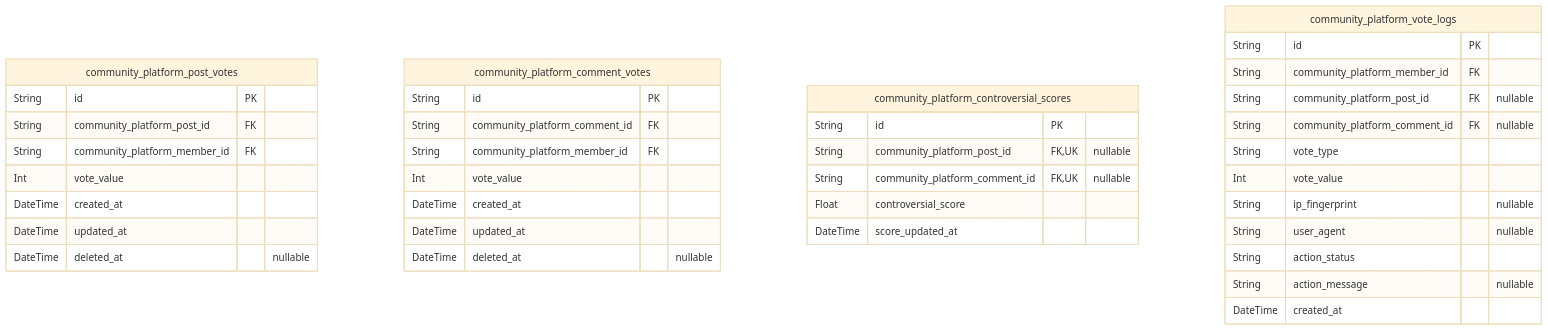
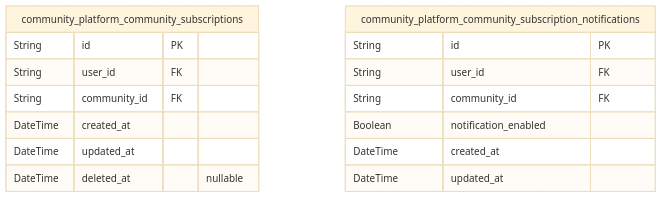
One commit to wrtnlabs/autobe-examples changed the eighth of 10 diagrams in openai/gpt-4.1/reddit/docs/ERD.md. Above: the diagram before and after it, drawn with Mermaid (base theme). The commit also changed other lines of this file and 16146 other files, not shown here.

````diff
--- a/openai/gpt-4.1/reddit/docs/ERD.md
+++ b/openai/gpt-4.1/reddit/docs/ERD.md
@@ -761,41 +984,19 @@
 ```mermaid
 erDiagram
-"community_platform_post_votes" {
+"community_platform_community_subscriptions" {
   String id PK
-  String community_platform_post_id FK
-  String community_platform_member_id FK
-  Int vote_value
+  String user_id FK
+  String community_id FK
   DateTime created_at
   DateTime updated_at
   DateTime deleted_at "nullable"
 }
-"community_platform_comment_votes" {
+"community_platform_community_subscription_notifications" {
   String id PK
-  String community_platform_comment_id FK
-  String community_platform_member_id FK
-  Int vote_value
+  String user_id FK
+  String community_id FK
+  Boolean notification_enabled
   DateTime created_at
   DateTime updated_at
-  DateTime deleted_at "nullable"
-}
-"community_platform_controversial_scores" {
-  String id PK
-  String community_platform_post_id FK,UK "nullable"
-  String community_platform_comment_id FK,UK "nullable"
-  Float controversial_score
-  DateTime score_updated_at
-}
-"community_platform_vote_logs" {
-  String id PK
-  String community_platform_member_id FK
-  String community_platform_post_id FK "nullable"
-  String community_platform_comment_id FK "nullable"
-  String vote_type
-  Int vote_value
-  String ip_fingerprint "nullable"
-  String user_agent "nullable"
-  String action_status
-  String action_message "nullable"
-  DateTime created_at
 }
 ```
````
